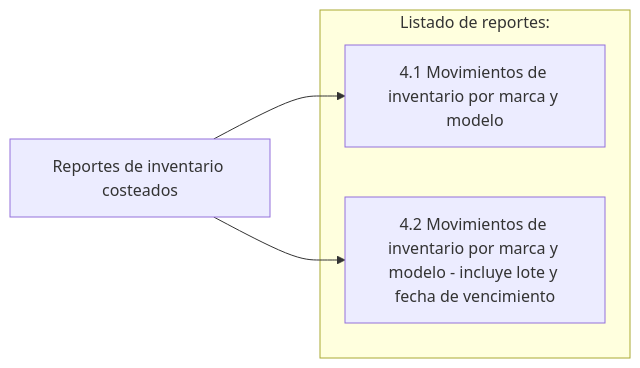
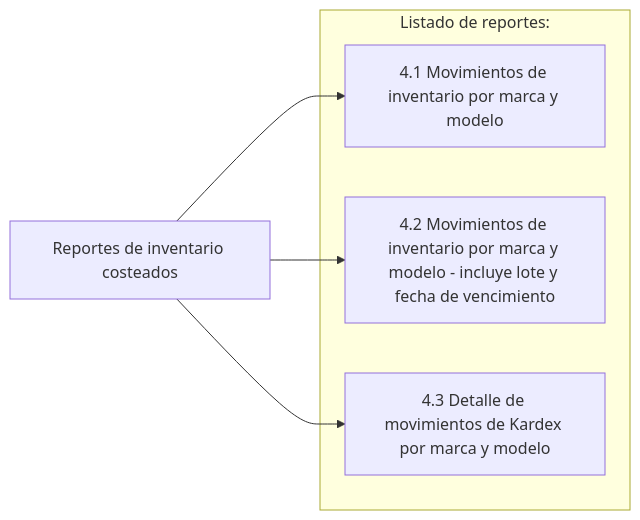
Before and after one commit to ContaportableDesarrollo03/CPDOCS: the fifth of 5 diagrams in docs/Reports/categorias/inventario.md, drawn with Mermaid. The commit also changed other lines of this file and 364 other files, not shown here.

````diff
--- a/docs/Reports/categorias/inventario.md
+++ b/docs/Reports/categorias/inventario.md
@@ -465,17 +471,20 @@
     ``` mermaid
     graph LR
       A[Reportes de inventario costeados]:::root
 
       subgraph "Listado de reportes:"
 
         B[4.1 Movimientos de inventario por marca y modelo]
         C[4.2 Movimientos de inventario por marca y modelo - incluye lote y fecha de vencimiento]
+        D[4.3 Detalle de movimientos de Kardex por marca y modelo]
       end
 
       A --> B
       A --> C
+      A --> D
 
     click B "#41-movimientos-de-inventario-por-marca-y-modelo" "Ir a reporte de movimientos de inventario por marca y modelo"
     click C "#42-movimientos-de-inventario-por-marca-y-modelo-incluye-lote-y-fecha-de-vencimiento" "Ir a reporte de movimientos de inventario por marca y modelo (Incluye marca y modelo)"
+    click D "#43-detalle-de-movimientos-de-kardex-por-marca-y-modelo" "Ir a reporte de detalle de movimientos de Kardex por marca y modelo"
     
     ```
````
